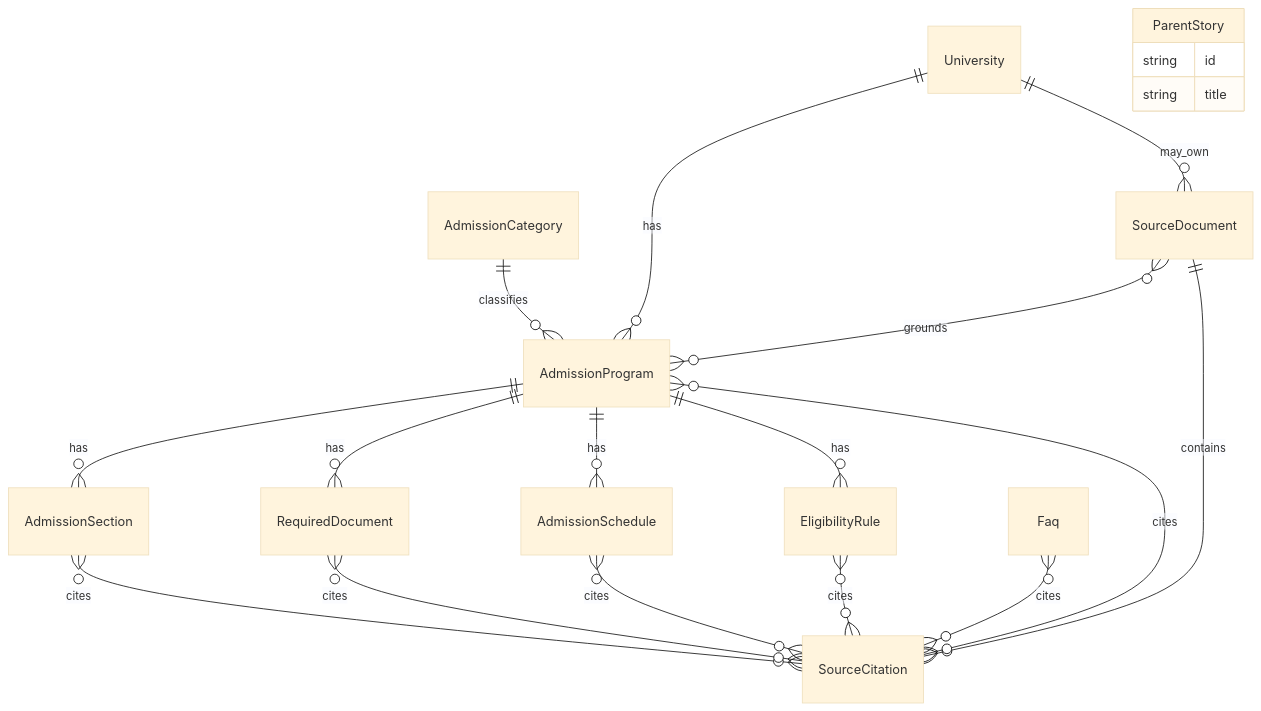
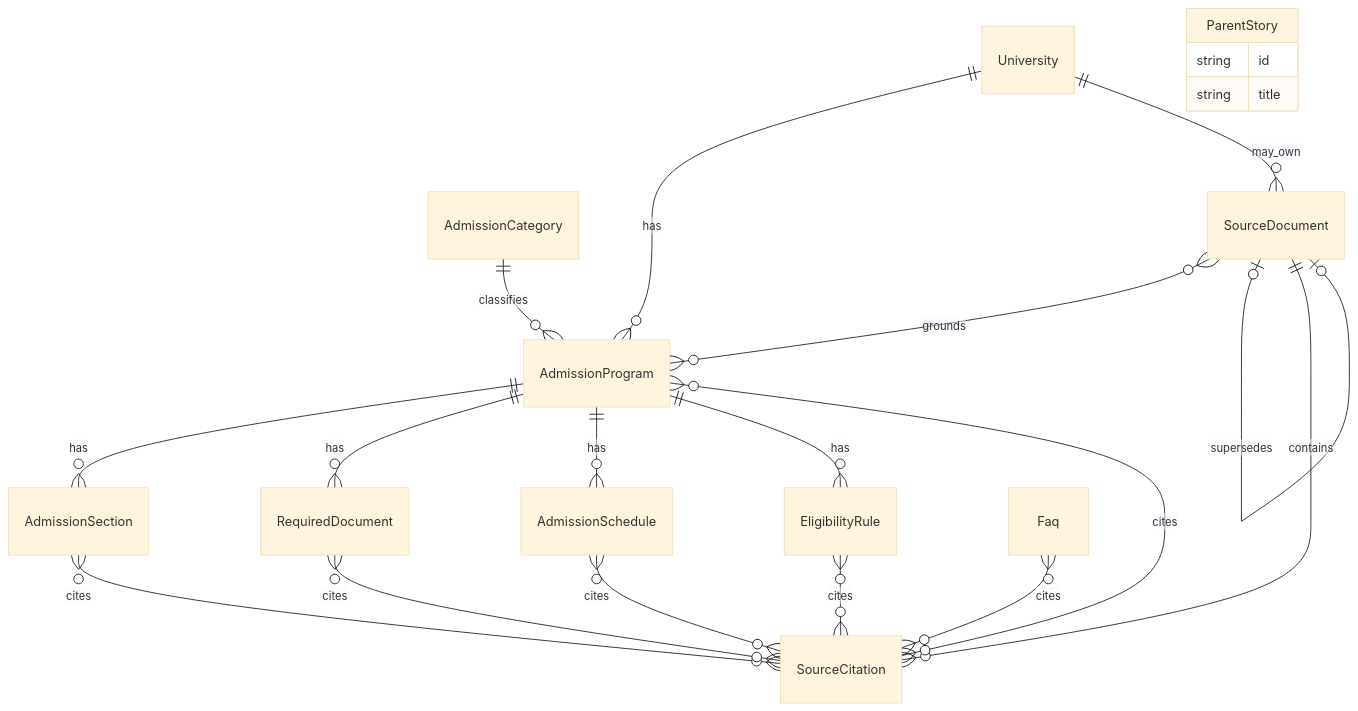
Before and after one commit to Jinuman2233/3teuk-Consulting: the diagram in docs/DATA_MODEL.md, drawn with Mermaid (base theme). The commit also changed other lines of this file, not shown here.

````diff
--- a/docs/DATA_MODEL.md
+++ b/docs/DATA_MODEL.md
@@ -892,22 +1149,23 @@
 ```mermaid
 erDiagram
     University ||--o{ AdmissionProgram : has
     AdmissionCategory ||--o{ AdmissionProgram : classifies
     University ||--o{ SourceDocument : may_own
     SourceDocument }o--o{ AdmissionProgram : grounds
     AdmissionProgram ||--o{ AdmissionSection : has
     AdmissionProgram ||--o{ RequiredDocument : has
     AdmissionProgram ||--o{ AdmissionSchedule : has
     AdmissionProgram ||--o{ EligibilityRule : has
+    SourceDocument |o--o| SourceDocument : supersedes
     SourceDocument ||--o{ SourceCitation : contains
     AdmissionProgram }o--o{ SourceCitation : cites
     AdmissionSection }o--o{ SourceCitation : cites
     RequiredDocument }o--o{ SourceCitation : cites
     AdmissionSchedule }o--o{ SourceCitation : cites
     EligibilityRule }o--o{ SourceCitation : cites
     Faq }o--o{ SourceCitation : cites
     ParentStory {
         string id
         string title
     }
 ```
````
